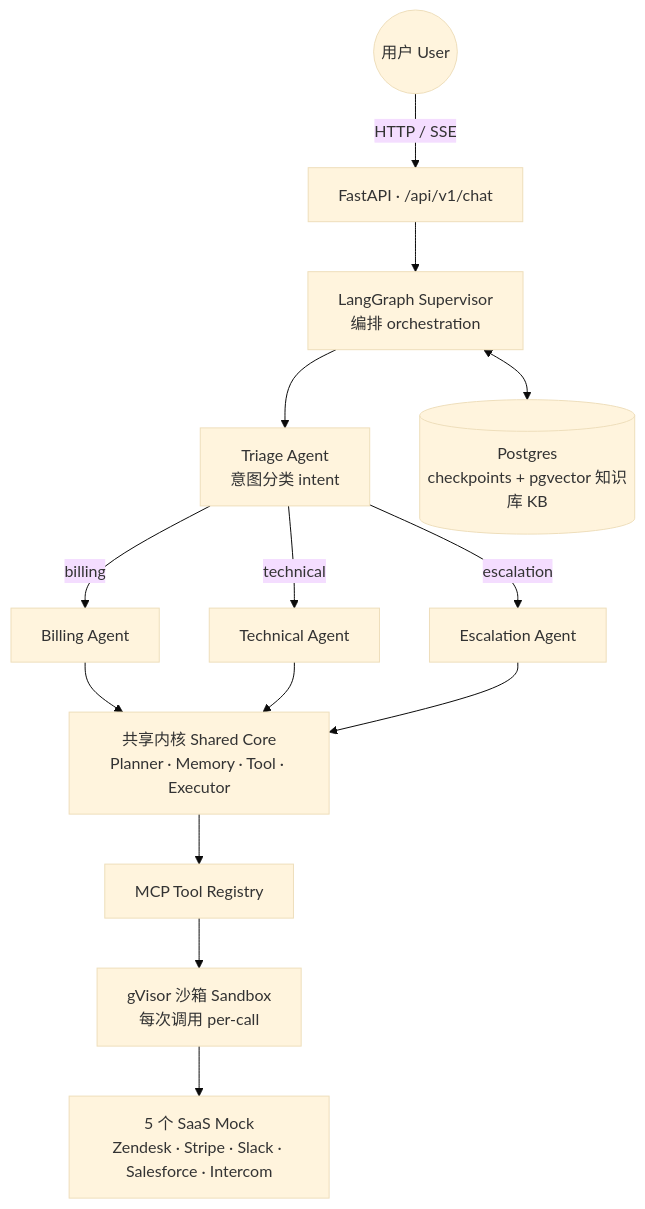
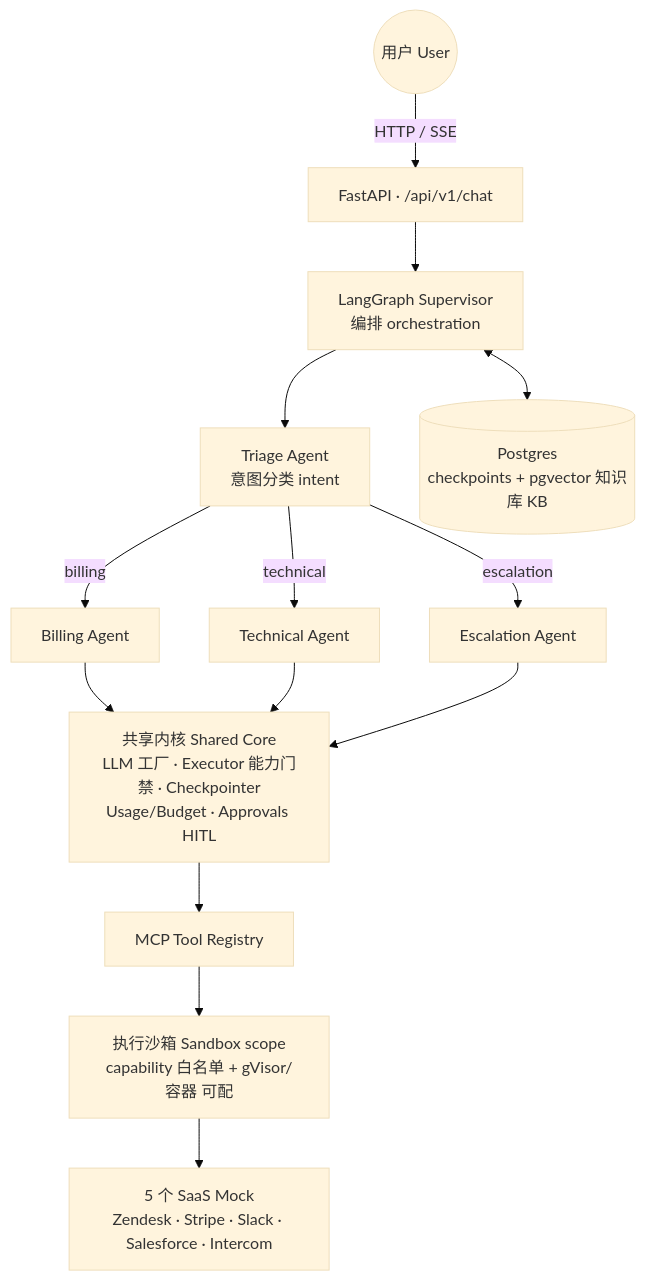
One commit to AndyUneducated/resolve-ai changed the first of 6 diagrams in README.md. Above: the diagram before and after it, drawn with Mermaid (base theme). The commit also changed other lines of this file and 11 other files, not shown here.

````diff
--- a/README.md
+++ b/README.md
@@ -54,16 +54,16 @@
 ```mermaid
 flowchart TD
   user(("用户 User")) -->|"HTTP / SSE"| api["FastAPI · /api/v1/chat"]
   api --> sup["LangGraph Supervisor<br/>编排 orchestration"]
   sup --> triage["Triage Agent<br/>意图分类 intent"]
   triage -->|billing| billing["Billing Agent"]
   triage -->|technical| technical["Technical Agent"]
   triage -->|escalation| escalation["Escalation Agent"]
   billing --> core
   technical --> core
   escalation --> core
-  core["共享内核 Shared Core<br/>Planner · Memory · Tool · Executor"] --> mcp["MCP Tool Registry"]
-  mcp --> sandbox["gVisor 沙箱 Sandbox<br/>每次调用 per-call"]
+  core["共享内核 Shared Core<br/>LLM 工厂 · Executor 能力门禁 · Checkpointer<br/>Usage/Budget · Approvals HITL"] --> mcp["MCP Tool Registry"]
+  mcp --> sandbox["执行沙箱 Sandbox scope<br/>capability 白名单 + gVisor/容器 可配"]
   sandbox --> saas["5 个 SaaS Mock<br/>Zendesk · Stripe · Slack · Salesforce · Intercom"]
   sup <--> store[("Postgres<br/>checkpoints + pgvector 知识库 KB")]
 ```
````
